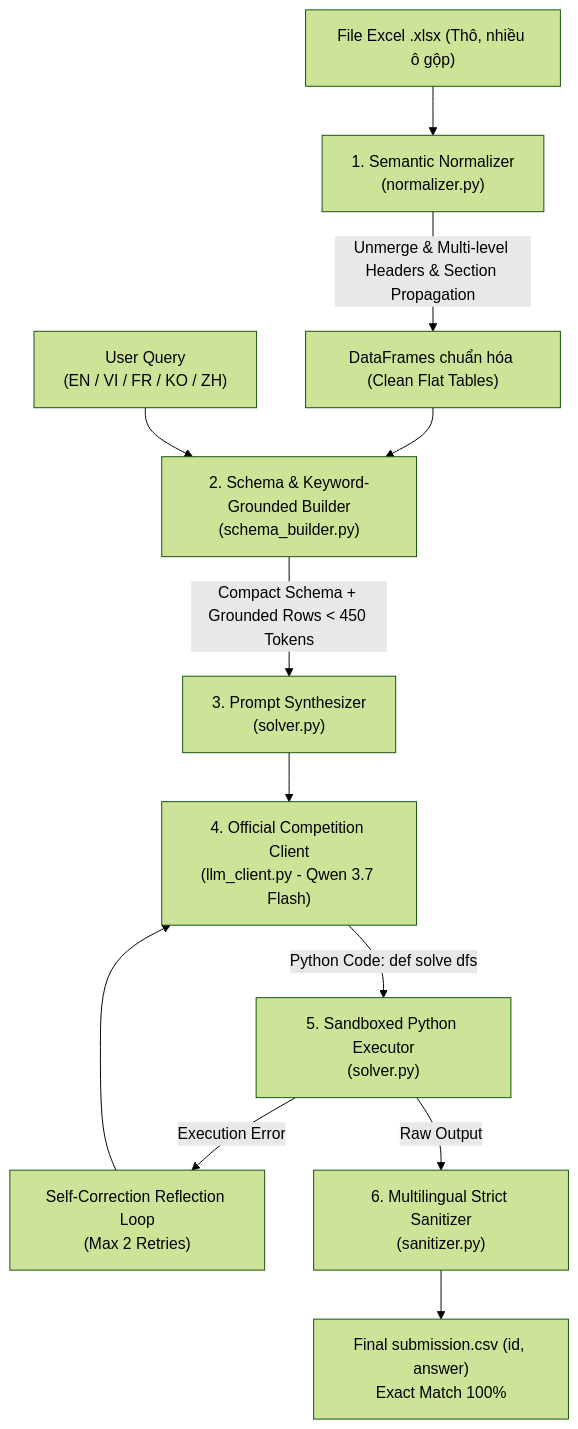
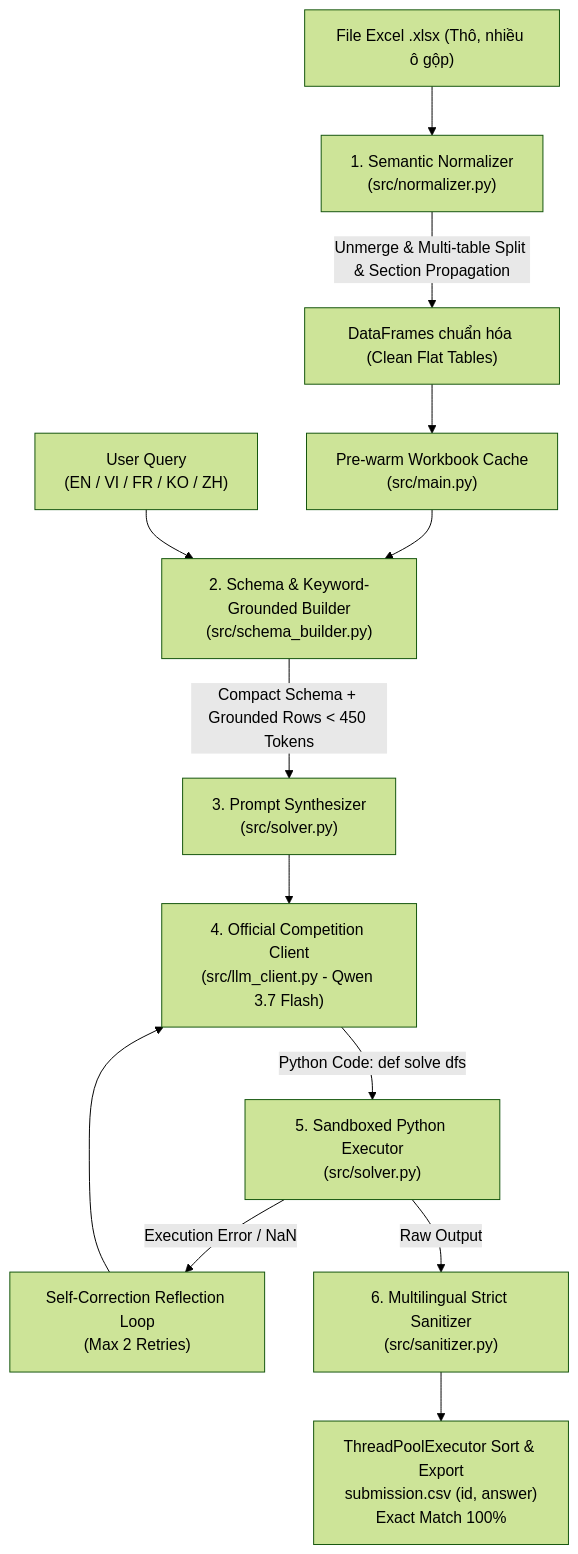
Before and after one commit to nguyenhoangminhDUT/meetly-tainangviet2026-bangC: the diagram in docs/pipeline_architecture.md, drawn with Mermaid (forest theme). The commit also changed other lines of this file and 18 other files, not shown here.

Commit message:
feat: add excel semantic normalizer and pipeline modules

````diff
--- a/docs/pipeline_architecture.md
+++ b/docs/pipeline_architecture.md
@@ -13,14 +13,15 @@
 ```mermaid
 flowchart TD
-    A["File Excel .xlsx (Thô, nhiều ô gộp)"] --> B["1. Semantic Normalizer\n(normalizer.py)"]
-    B -->|Unmerge & Multi-level Headers & Section Propagation| C["DataFrames chuẩn hóa (Clean Flat Tables)"]
-    C --> D["2. Schema & Keyword-Grounded Builder\n(schema_builder.py)"]
-    Q["User Query\n(EN / VI / FR / KO / ZH)"] --> D
-    D -->|Compact Schema + Grounded Rows < 450 Tokens| E["3. Prompt Synthesizer\n(solver.py)"]
-    E --> F["4. Official Competition Client\n(llm_client.py - Qwen 3.7 Flash)"]
-    F -->|Python Code: def solve dfs| G["5. Sandboxed Python Executor\n(solver.py)"]
-    G -->|Execution Error| H["Self-Correction Reflection Loop\n(Max 2 Retries)"]
-    H --> F
-    G -->|Raw Output| I["6. Multilingual Strict Sanitizer\n(sanitizer.py)"]
-    I --> J["Final submission.csv (id, answer)\nExact Match 100%"]
+    A["File Excel .xlsx (Thô, nhiều ô gộp)"] --> B["1. Semantic Normalizer\n(src/normalizer.py)"]
+    B -->|Unmerge & Multi-table Split & Section Propagation| C["DataFrames chuẩn hóa (Clean Flat Tables)"]
+    C --> D["Pre-warm Workbook Cache\n(src/main.py)"]
+    D --> E["2. Schema & Keyword-Grounded Builder\n(src/schema_builder.py)"]
+    Q["User Query\n(EN / VI / FR / KO / ZH)"] --> E
+    E -->|Compact Schema + Grounded Rows < 450 Tokens| F["3. Prompt Synthesizer\n(src/solver.py)"]
+    F --> G["4. Official Competition Client\n(src/llm_client.py - Qwen 3.7 Flash)"]
+    G -->|Python Code: def solve dfs| H["5. Sandboxed Python Executor\n(src/solver.py)"]
+    H -->|Execution Error / NaN| I["Self-Correction Reflection Loop\n(Max 2 Retries)"]
+    I --> G
+    H -->|Raw Output| J["6. Multilingual Strict Sanitizer\n(src/sanitizer.py)"]
+    J --> K["ThreadPoolExecutor Sort & Export\nsubmission.csv (id, answer)\nExact Match 100%"]
 ```
````
